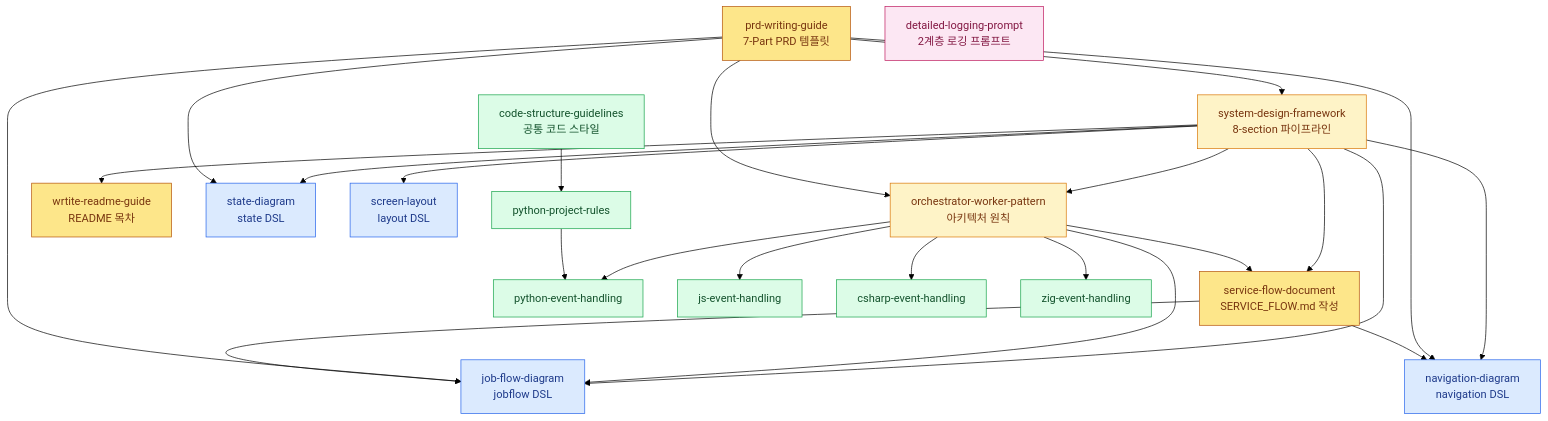
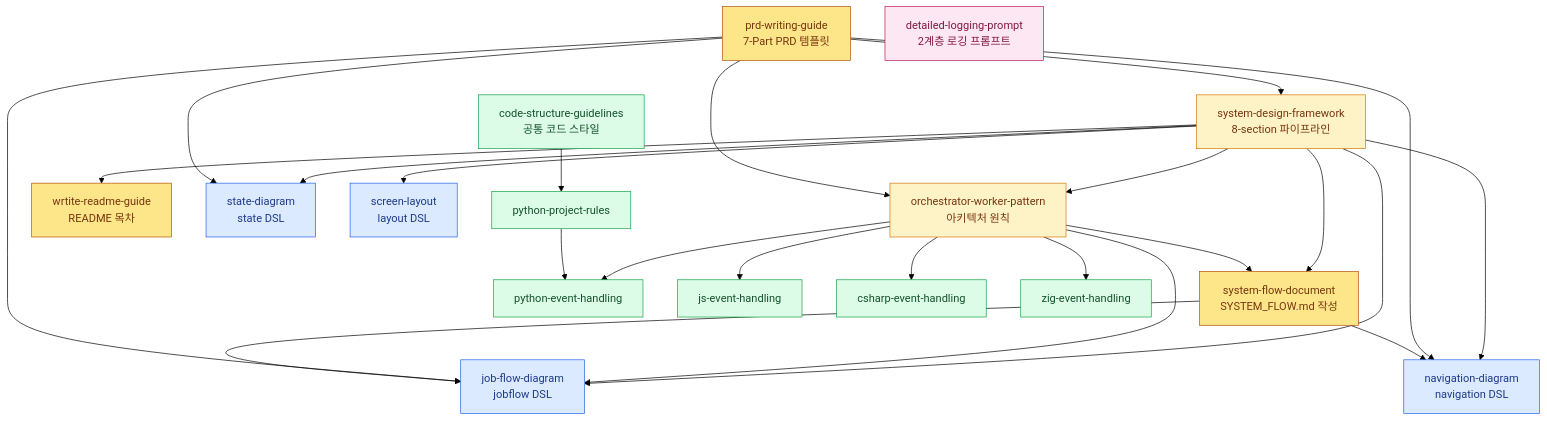
One commit to ryujt/project-guides changed the diagram in README.md. Above: the diagram before and after it, drawn with Mermaid (forest theme). The commit also changed other lines of this file and 2 other files, not shown here.

Commit message:
docs: refocus system flow document guide

````diff
--- a/README.md
+++ b/README.md
@@ -80,47 +80,47 @@
 ```mermaid
 flowchart TB
     SDF["system-design-framework<br/>8-section 파이프라인"]:::core
     OWP["orchestrator-worker-pattern<br/>아키텍처 원칙"]:::core
     PRD["prd-writing-guide<br/>7-Part PRD 템플릿"]:::spec
     README["wrtite-readme-guide<br/>README 목차"]:::spec
-    SFD["service-flow-document<br/>SERVICE_FLOW.md 작성"]:::spec
+    SFD["system-flow-document<br/>SYSTEM_FLOW.md 작성"]:::spec
 
     JFD["job-flow-diagram<br/>jobflow DSL"]:::dsl
     NAV["navigation-diagram<br/>navigation DSL"]:::dsl
     STT["state-diagram<br/>state DSL"]:::dsl
     LAY["screen-layout<br/>layout DSL"]:::dsl
 
     CSG["code-structure-guidelines<br/>공통 코드 스타일"]:::impl
     PPR["python-project-rules"]:::impl
     PY["python-event-handling"]:::impl
     JS["js-event-handling"]:::impl
     CS["csharp-event-handling"]:::impl
     ZIG["zig-event-handling"]:::impl
 
     LOG["detailed-logging-prompt<br/>2계층 로깅 프롬프트"]:::ops
 
     SDF --> JFD & NAV & STT & LAY
     SDF --> OWP
     SDF --> README
     SDF --> SFD
     OWP --> JFD
     OWP --> SFD
     OWP --> PY & JS & CS & ZIG
 
     PRD --> SDF
     PRD --> OWP
     PRD --> JFD
     PRD --> NAV
     PRD --> STT
     SFD --> JFD
     SFD --> NAV
 
     CSG --> PPR
     PPR --> PY
 
     classDef core fill:#fef3c7,stroke:#d97706,color:#78350f
     classDef spec fill:#fde68a,stroke:#b45309,color:#78350f
     classDef dsl fill:#dbeafe,stroke:#2563eb,color:#1e3a8a
     classDef impl fill:#dcfce7,stroke:#16a34a,color:#14532d
     classDef ops fill:#fce7f3,stroke:#be185d,color:#831843
 ```
````
